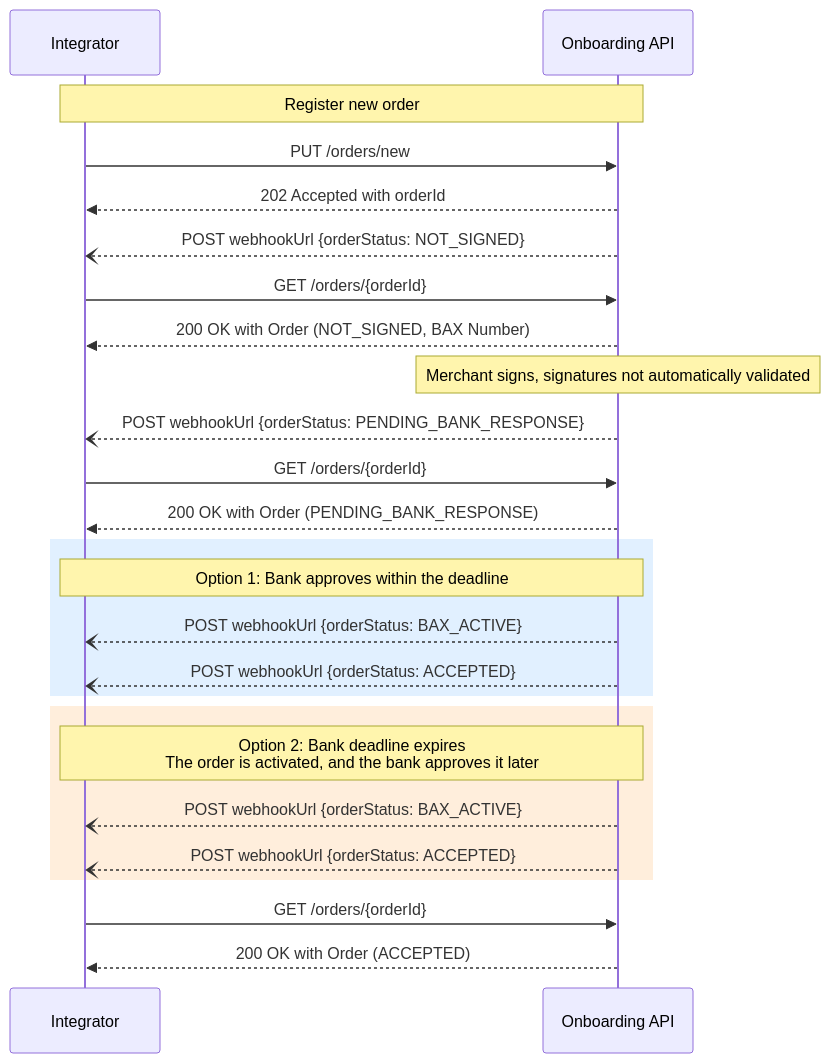
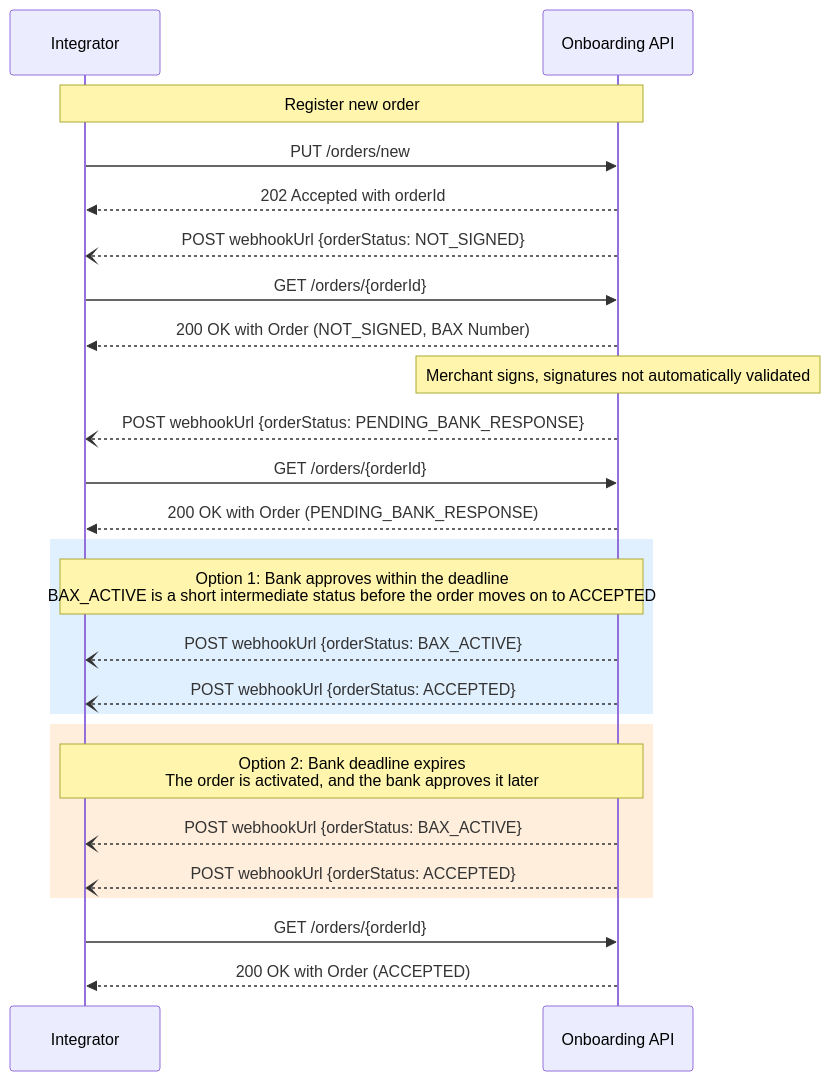
Before and after one commit to BankAxept/bankaxept-onboarding-external-documentation: the third of 4 diagrams in docs/prod_flows.md, drawn with Mermaid. The commit also changed other lines of this file and 3 other files, not shown here.

````diff
--- a/docs/prod_flows.md
+++ b/docs/prod_flows.md
@@ -61,31 +61,31 @@
 ```mermaid
 sequenceDiagram
 participant I as Integrator
 participant O as Onboarding API
 
 note over I, O: Register new order
 I ->> O: PUT /orders/new
 O -->> I: 202 Accepted with orderId
 
 O --) I: POST webhookUrl {orderStatus: NOT_SIGNED}
 I ->> O : GET /orders/{orderId}
 O -->> I: 200 OK with Order (NOT_SIGNED, BAX Number)
 
 note over O: Merchant signs, signatures not automatically validated
 O --) I: POST webhookUrl {orderStatus: PENDING_BANK_RESPONSE}
 I ->> O : GET /orders/{orderId}
 O -->> I: 200 OK with Order (PENDING_BANK_RESPONSE)
 
 rect rgb(225, 240, 255)
-note over I, O: Option 1: Bank approves within the deadline
+note over I, O: Option 1: Bank approves within the deadline <br/> BAX_ACTIVE is a short intermediate status before the order moves on to ACCEPTED
 O --) I: POST webhookUrl {orderStatus: BAX_ACTIVE}
 O --) I: POST webhookUrl {orderStatus: ACCEPTED}
 end
 rect rgb(255, 238, 220)
 note over I, O: Option 2: Bank deadline expires <br/> The order is activated, and the bank approves it later
 O --) I: POST webhookUrl {orderStatus: BAX_ACTIVE}
 O --) I: POST webhookUrl {orderStatus: ACCEPTED}
 end
 I ->> O : GET /orders/{orderId}
 O -->> I: 200 OK with Order (ACCEPTED)
 ```
````
